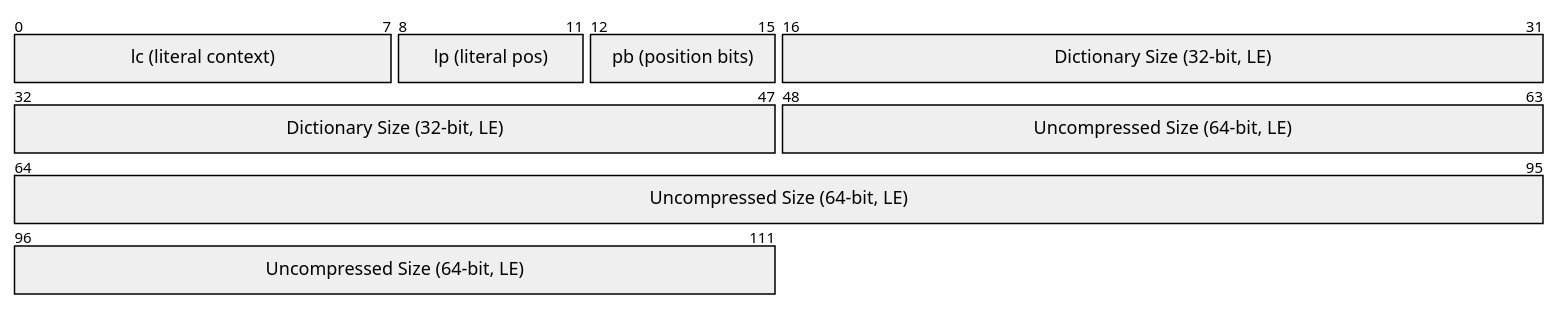
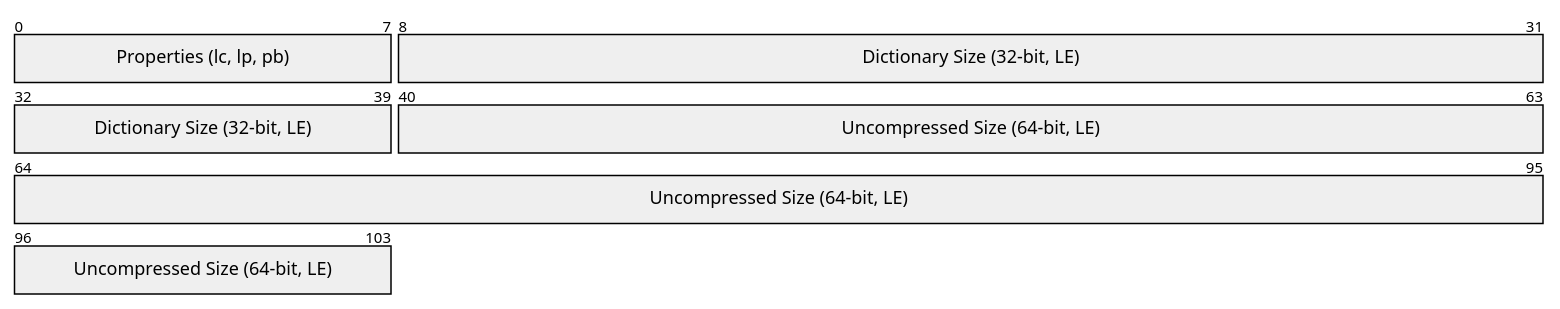
The diagram in README.md (xseman/lzma1), drawn with Mermaid before and after one commit. The commit also changed other lines of this file and 65 other files, not shown here.

````diff
--- a/README.md
+++ b/README.md
@@ -158,8 +218,6 @@
 ```mermaid
 packet-beta
-  0-7: "lc (literal context)"
-  8-11: "lp (literal pos)"
-  12-15: "pb (position bits)"
-  16-47: "Dictionary Size (32-bit, LE)"
-  48-111: "Uncompressed Size (64-bit, LE)"
+  0-7: "Properties (lc, lp, pb)"
+  8-39: "Dictionary Size (32-bit, LE)"
+  40-103: "Uncompressed Size (64-bit, LE)"
 ```
````
